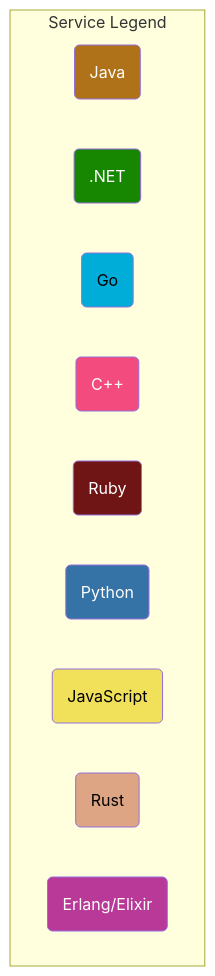
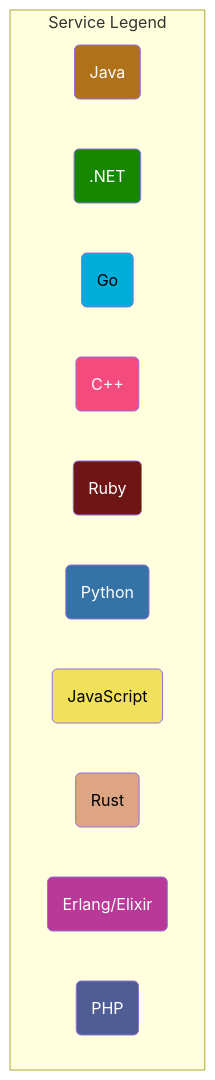
One commit to mohamed3637/opentelemetry-demo changed the second of 2 diagrams in README.md. Above: the diagram before and after it, drawn with Mermaid. The commit also changed other lines of this file, not shown here.

First line of the commit message:
Add php mermaid (#374)

````diff
--- a/README.md
+++ b/README.md
@@ -91,25 +92,26 @@
 ```mermaid
 graph TD
 subgraph Service Legend
   javasvc(Java):::java
   dotnetsvc(.NET):::dotnet
   golangsvc(Go):::golang
   cppsvc(C++):::cpp
   rubysvc(Ruby):::ruby
   pythonsvc(Python):::python
   javascriptsvc(JavaScript):::javascript
   rustsvc(Rust):::rust
   erlangsvc(Erlang/Elixir):::erlang
+  phpsvc(PHP):::php
 end
 
 classDef java fill:#b07219,color:white;
 classDef dotnet fill:#178600,color:white;
 classDef golang fill:#00add8,color:black;
 classDef cpp fill:#f34b7d,color:white;
 classDef ruby fill:#701516,color:white;
 classDef python fill:#3572A5,color:white;
 classDef javascript fill:#f1e05a,color:black;
 classDef rust fill:#dea584,color:black;
 classDef erlang fill:#b83998,color:white;
 classDef php fill:#4f5d95,color:white;
 ```
````
